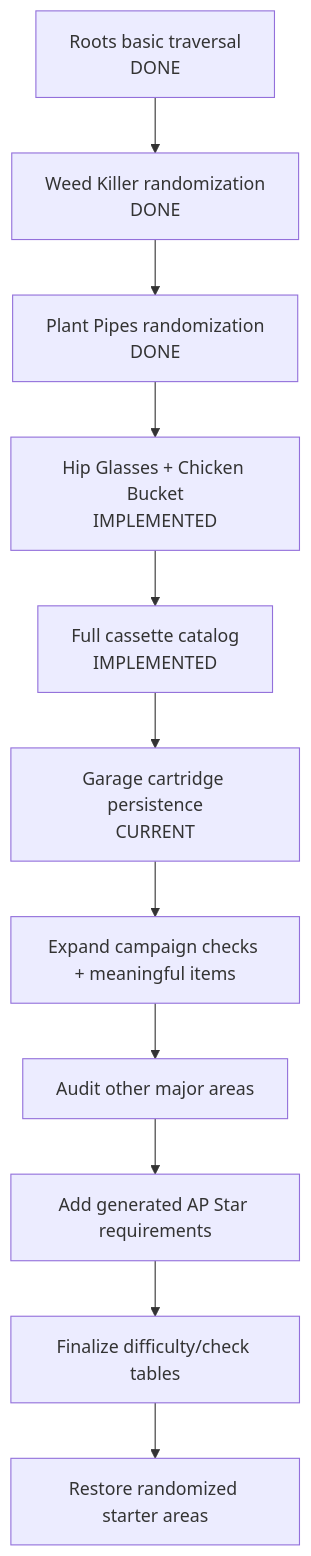
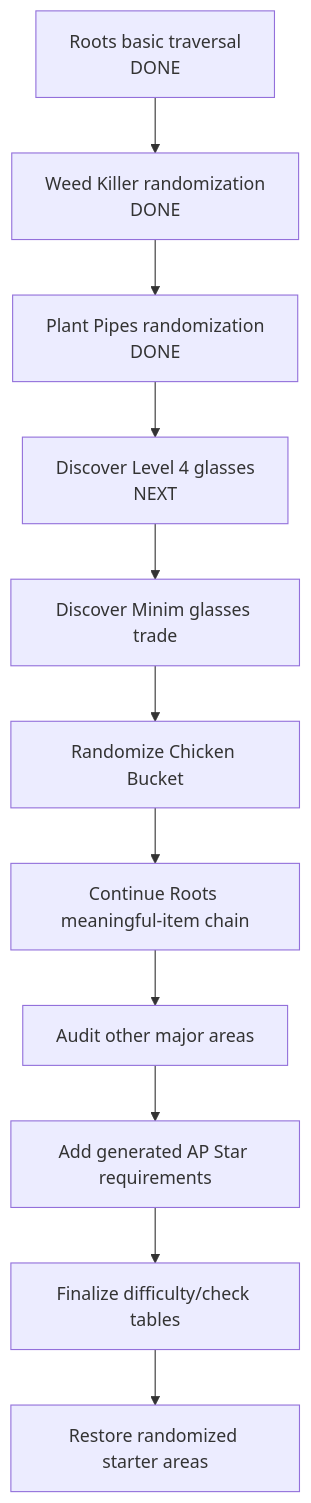
Before and after one commit to Akamarus/Super-Crazy-Rhythm-Castle-Archipelago: the fourth of 4 diagrams in docs/PROJECT_OVERVIEW.md, drawn with Mermaid. The commit also changed other lines of this file and 8 other files, not shown here.

Commit message:
fix(client): complete garage persistence review repairs

````diff
--- a/docs/PROJECT_OVERVIEW.md
+++ b/docs/PROJECT_OVERVIEW.md
@@ -574,17 +574,17 @@
 ```mermaid
 flowchart TD
     DONE1[Roots basic traversal\nDONE]
     DONE2[Weed Killer randomization\nDONE]
     DONE3[Plant Pipes randomization\nDONE]
-    DONE4[Hip Glasses + Chicken Bucket\nIMPLEMENTED]
-    DONE5[Full cassette catalog\nIMPLEMENTED]
-    GARAGE[Garage cartridge persistence\nCURRENT]
-    ROOTSREST[Expand campaign checks + meaningful items]
+    L4[Discover Level 4 glasses\nNEXT]
+    TRADE[Discover Minim glasses trade]
+    BUCKET[Randomize Chicken Bucket]
+    ROOTSREST[Continue Roots meaningful-item chain]
     OTHER[Audit other major areas]
     STARS[Add generated AP Star requirements]
     DIFF[Finalize difficulty/check tables]
     STARTERS[Restore randomized starter areas]
 
-    DONE1 --> DONE2 --> DONE3 --> DONE4 --> DONE5 --> GARAGE --> ROOTSREST
+    DONE1 --> DONE2 --> DONE3 --> L4 --> TRADE --> BUCKET --> ROOTSREST
     ROOTSREST --> OTHER --> STARS --> DIFF --> STARTERS
 ```
````
